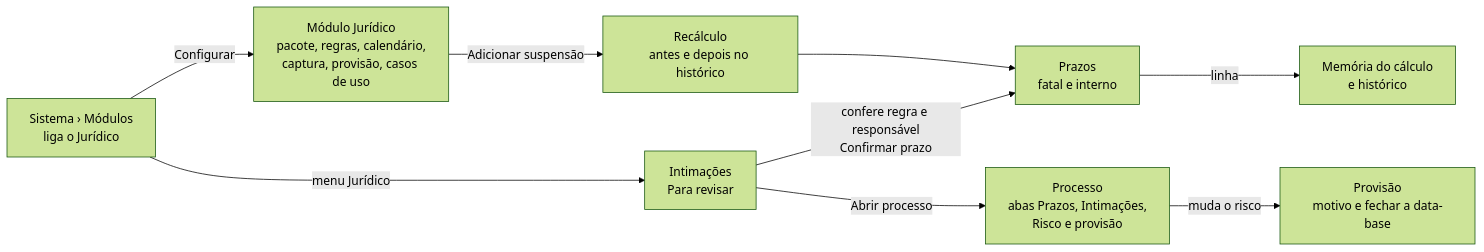
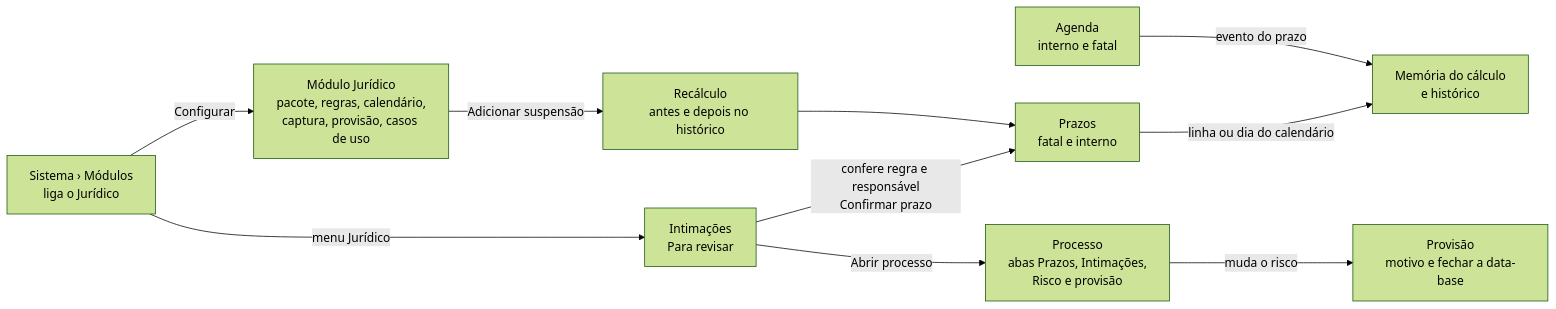
One commit to pernalombr4/prototipos changed the diagram in app/pages/modulo-juridico/DECISOES.md. Above: the diagram before and after it, drawn with Mermaid (forest theme). The commit also changed other lines of this file and 20 other files, not shown here.

Commit message:
[PROTO] modulo-juridico — rodada 2 — telas na listagem de registros (mesma barra, EnTable e visualizações), Prazos em lista e calendário, prazos na Agenda, Provisão com faixa de resumo

````diff
--- a/app/pages/modulo-juridico/DECISOES.md
+++ b/app/pages/modulo-juridico/DECISOES.md
@@ -18,11 +19,12 @@
 ```mermaid
 flowchart LR
     S["Sistema › Módulos<br/>liga o Jurídico"] -->|"Configurar"| C["Módulo Jurídico<br/>pacote, regras, calendário,<br/>captura, provisão, casos de uso"]
     S -->|"menu Jurídico"| I["Intimações<br/>Para revisar"]
     I -->|"confere regra e responsável<br/>Confirmar prazo"| P["Prazos<br/>fatal e interno"]
     I -->|"Abrir processo"| T["Processo<br/>abas Prazos, Intimações,<br/>Risco e provisão"]
-    P -->|"linha"| M["Memória do cálculo<br/>e histórico"]
+    P -->|"linha ou dia do calendário"| M["Memória do cálculo<br/>e histórico"]
+    A["Agenda<br/>interno e fatal"] -->|"evento do prazo"| M
     C -->|"Adicionar suspensão"| R["Recálculo<br/>antes e depois no histórico"]
     R --> P
     T -->|"muda o risco"| V["Provisão<br/>motivo e fechar a data-base"]
 ```
````
